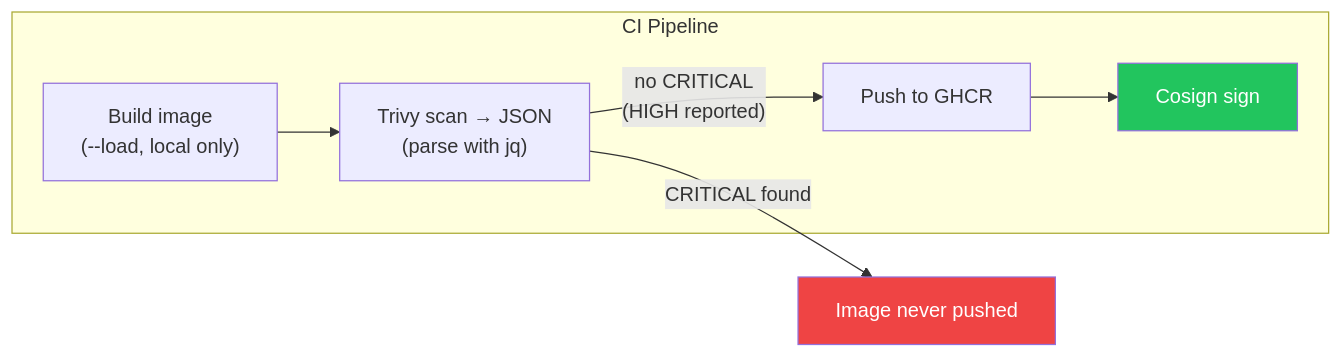
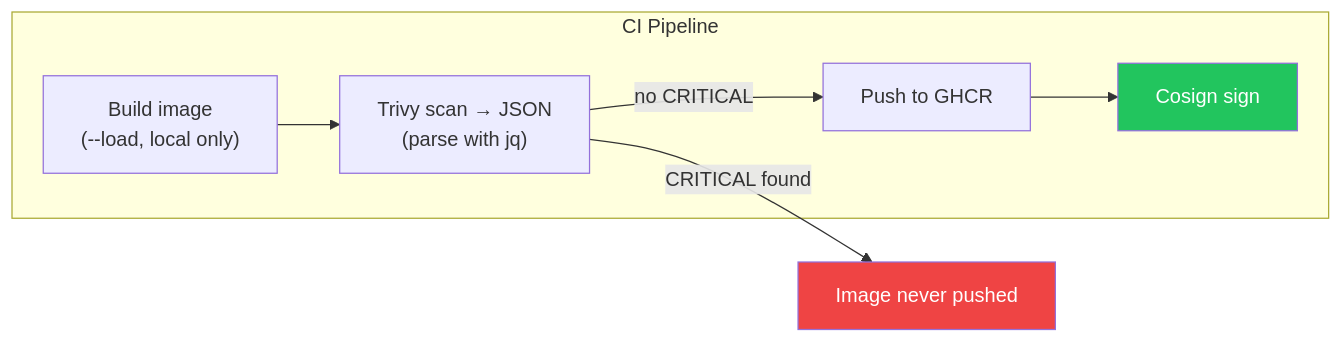
One commit to duynhlab/homelab changed the first of 13 diagrams in docs/platform/cicd.md. Above: the diagram before and after it, drawn with Mermaid. The commit also changed other lines of this file and 7 other files, not shown here.

````diff
--- a/docs/platform/cicd.md
+++ b/docs/platform/cicd.md
@@ -40,16 +40,16 @@
 ```mermaid
 flowchart LR
     subgraph ci["CI Pipeline"]
         BUILD["Build image<br/>(--load, local only)"]
         SCAN["Trivy scan → JSON<br/>(parse with jq)"]
         PUSH["Push to GHCR"]
         SIGN["Cosign sign"]
     end
 
     BUILD --> SCAN
-    SCAN -->|"no CRITICAL<br/>(HIGH reported)"| PUSH --> SIGN
+    SCAN -->|"no CRITICAL"| PUSH --> SIGN
     SCAN -->|"CRITICAL found"| STOP["Image never pushed"]
 
     style STOP fill:#ef4444,color:#fff
     style SIGN fill:#22c55e,color:#fff
 ```
````
